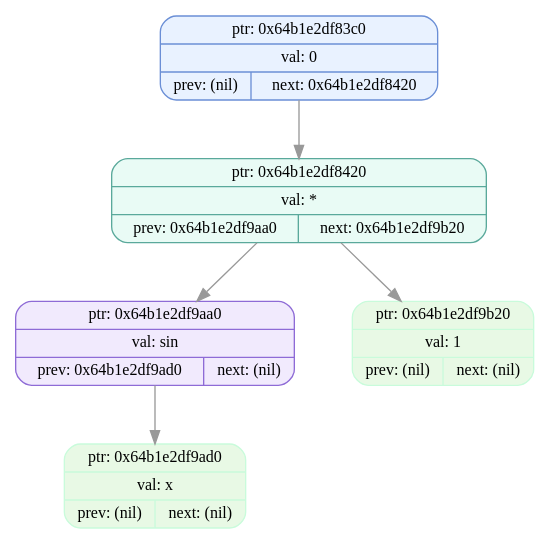
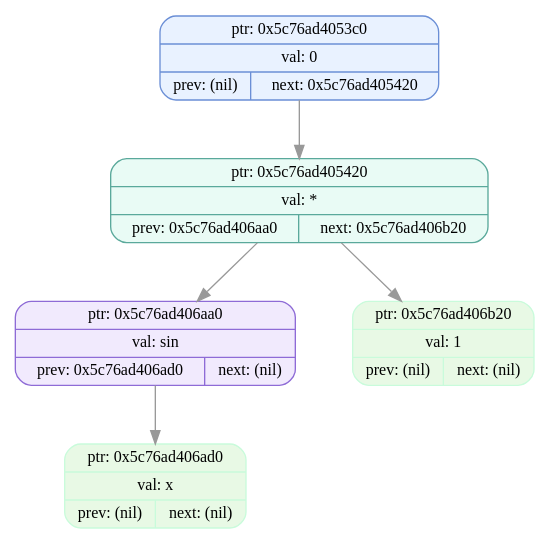
Before and after one commit to EvilTomato9890/Difference: the diagram in dumps/tree_dump_004.dot, drawn with Graphviz. The commit also changed 80 other files, not shown here.

```diff
--- a/dumps/tree_dump_004.dot
+++ b/dumps/tree_dump_004.dot
@@ -1,13 +1,13 @@
 digraph T{
   node [fontname="Fira Mono",shape=record,style="filled,rounded",fontsize=12];
   graph [splines=true, nodesep=0.6, ranksep=0.6];
-  node_0x64b1e2df83c0[shape=record,label="{ {ptr: 0x64b1e2df83c0} | {val: 0} | { prev: (nil) | next: 0x64b1e2df8420 } }",color="#6b8fd6",fillcolor="#e9f2ff"];
-  node_0x64b1e2df8420[shape=record,label="{ {ptr: 0x64b1e2df8420} | {val: *} | { prev: 0x64b1e2df9aa0 | next: 0x64b1e2df9b20 } }",color="#5aa99b",fillcolor="#e9fbf5"];
-  node_0x64b1e2df9aa0[shape=record,label="{ {ptr: 0x64b1e2df9aa0} | {val: sin} | { prev: 0x64b1e2df9ad0 | next: (nil) } }",color="#8e6bd6",fillcolor="#f1eafd"];
-  node_0x64b1e2df9ad0[shape=record,label="{ {ptr: 0x64b1e2df9ad0} | {val: x} | { prev: (nil) | next: (nil) } }",color="#c9fbdbff",fillcolor="#e8f9e5ff"];
-  node_0x64b1e2df9b20[shape=record,label="{ {ptr: 0x64b1e2df9b20} | {val: 1} | { prev: (nil) | next: (nil) } }",color="#c9fbdbff",fillcolor="#e8f9e5ff"];
-  node_0x64b1e2df83c0 -> node_0x64b1e2df8420 [color="#999999"];
-  node_0x64b1e2df8420 -> node_0x64b1e2df9aa0 [color="#999999"];
-  node_0x64b1e2df8420 -> node_0x64b1e2df9b20 [color="#999999"];
-  node_0x64b1e2df9aa0 -> node_0x64b1e2df9ad0 [color="#999999"];
+  node_0x5c76ad4053c0[shape=record,label="{ {ptr: 0x5c76ad4053c0} | {val: 0} | { prev: (nil) | next: 0x5c76ad405420 } }",color="#6b8fd6",fillcolor="#e9f2ff"];
+  node_0x5c76ad405420[shape=record,label="{ {ptr: 0x5c76ad405420} | {val: *} | { prev: 0x5c76ad406aa0 | next: 0x5c76ad406b20 } }",color="#5aa99b",fillcolor="#e9fbf5"];
+  node_0x5c76ad406aa0[shape=record,label="{ {ptr: 0x5c76ad406aa0} | {val: sin} | { prev: 0x5c76ad406ad0 | next: (nil) } }",color="#8e6bd6",fillcolor="#f1eafd"];
+  node_0x5c76ad406ad0[shape=record,label="{ {ptr: 0x5c76ad406ad0} | {val: x} | { prev: (nil) | next: (nil) } }",color="#c9fbdbff",fillcolor="#e8f9e5ff"];
+  node_0x5c76ad406b20[shape=record,label="{ {ptr: 0x5c76ad406b20} | {val: 1} | { prev: (nil) | next: (nil) } }",color="#c9fbdbff",fillcolor="#e8f9e5ff"];
+  node_0x5c76ad4053c0 -> node_0x5c76ad405420 [color="#999999"];
+  node_0x5c76ad405420 -> node_0x5c76ad406aa0 [color="#999999"];
+  node_0x5c76ad405420 -> node_0x5c76ad406b20 [color="#999999"];
+  node_0x5c76ad406aa0 -> node_0x5c76ad406ad0 [color="#999999"];
 }
```
